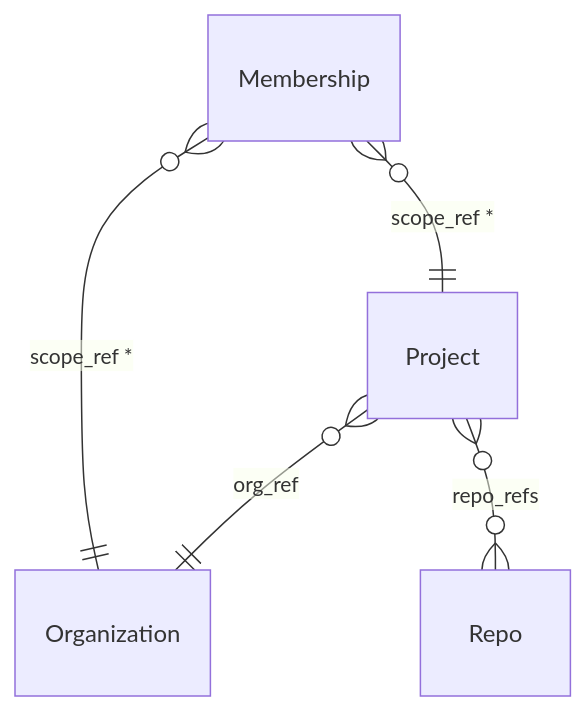
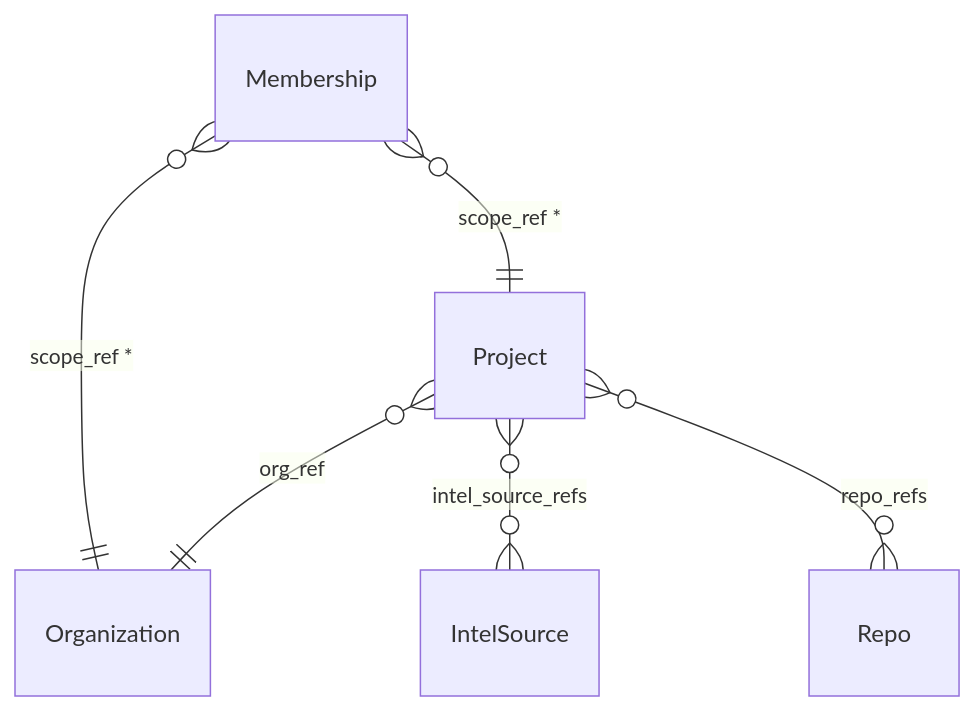
The sixth of 11 diagrams in docs/reference/data-model.md (ruinosus/dna), drawn with Mermaid before and after one commit. The commit also changed other lines of this file and 21 other files, not shown here.

````diff
--- a/docs/reference/data-model.md
+++ b/docs/reference/data-model.md
@@ -207,11 +206,13 @@
 ```mermaid
 erDiagram
+    IntelSource
     Membership
     Organization
     Project
     Repo
     Membership }o--|| Organization : "scope_ref *"
     Membership }o--|| Project : "scope_ref *"
+    Project }o--}o IntelSource : "intel_source_refs"
     Project }o--|| Organization : "org_ref"
     Project }o--}o Repo : "repo_refs"
 ```
````
